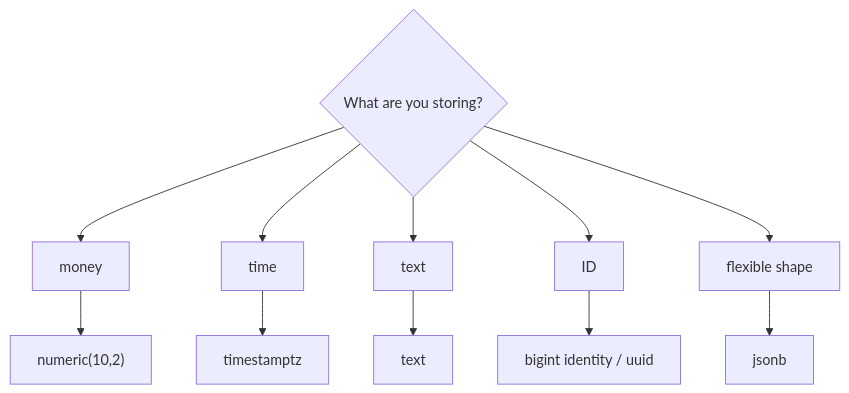
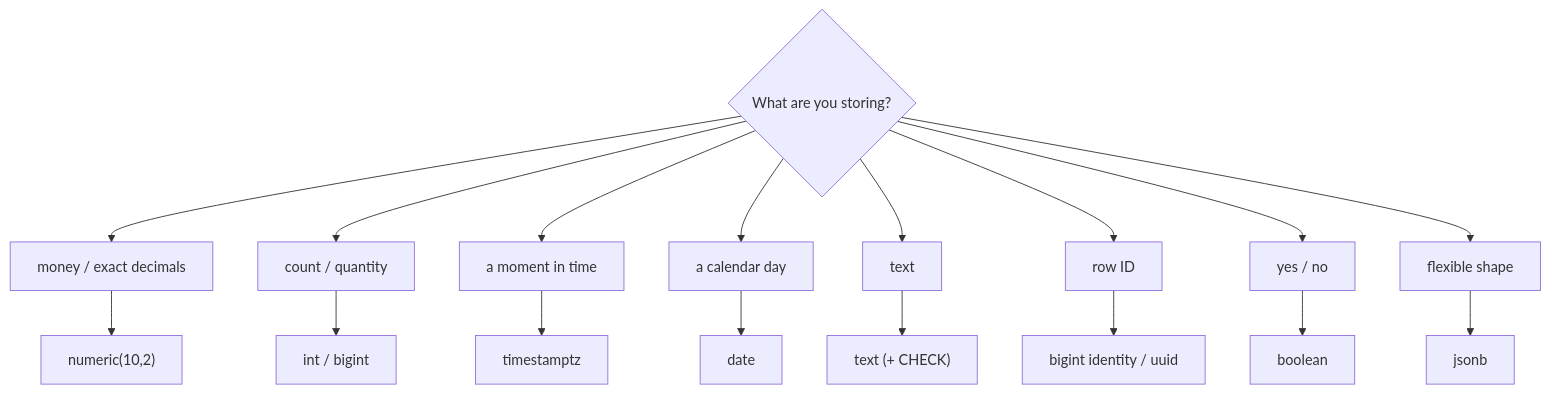
One commit to wesamkhateeb98-creator/postgresql-zero-to-hero changed the first of 2 diagrams in Doc/03-data-modeling/01-data-types.md. Above: the diagram before and after it, drawn with Mermaid. The commit also changed other lines of this file and 29 other files, not shown here.

````diff
--- a/Doc/03-data-modeling/01-data-types.md
+++ b/Doc/03-data-modeling/01-data-types.md
@@ -5,8 +5,11 @@
 ```mermaid
 flowchart TD
-    Q{"What are you storing?"} --> M["money"] --> N["numeric(10,2)"]
-    Q --> T["time"] --> TZ["timestamptz"]
-    Q --> S["text"] --> TX["text"]
-    Q --> ID["ID"] --> BI["bigint identity / uuid"]
+    Q{"What are you storing?"} --> M["money / exact decimals"] --> N["numeric(10,2)"]
+    Q --> C["count / quantity"] --> I["int / bigint"]
+    Q --> T["a moment in time"] --> TZ["timestamptz"]
+    Q --> D["a calendar day"] --> DT["date"]
+    Q --> S["text"] --> TX["text (+ CHECK)"]
+    Q --> ID["row ID"] --> BI["bigint identity / uuid"]
+    Q --> B["yes / no"] --> BO["boolean"]
     Q --> J["flexible shape"] --> JB["jsonb"]
 ```
````
